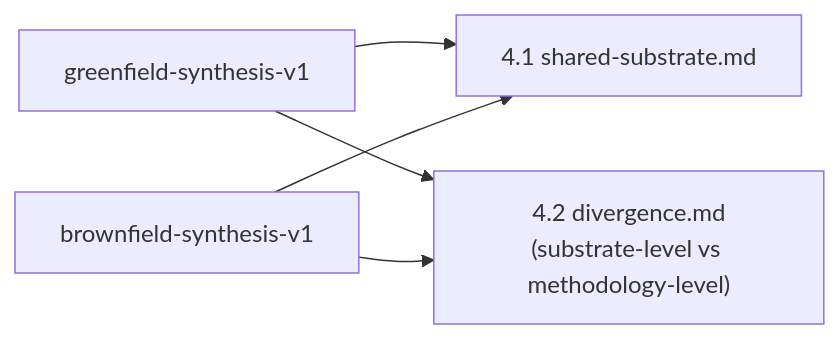
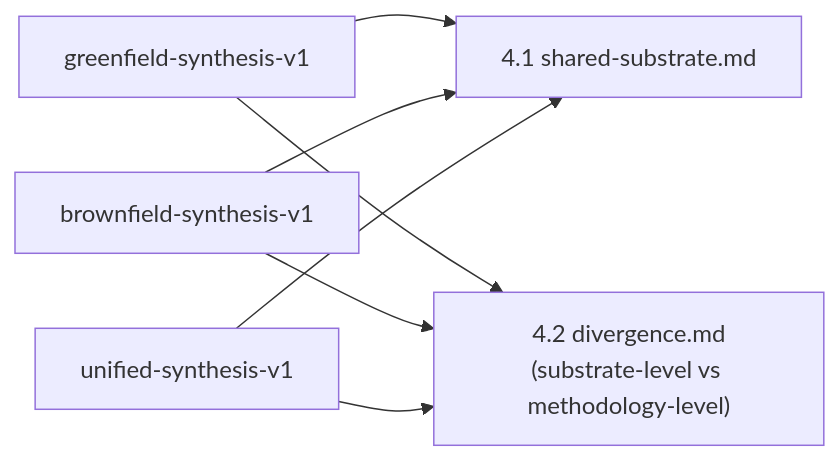
The fifth of 8 diagrams in ARCHITECTURE-V3-SYNTHESIS-PLAN.md (lago-morph/software-factory), drawn with Mermaid before and after one commit. The commit also changed other lines of this file and 2 other files, not shown here.

````diff
--- a/ARCHITECTURE-V3-SYNTHESIS-PLAN.md
+++ b/ARCHITECTURE-V3-SYNTHESIS-PLAN.md
@@ -233,7 +262,8 @@
 ```mermaid
 flowchart LR
     IG["greenfield-synthesis-v1"] --> SHARED & DIVERGE
     IB["brownfield-synthesis-v1"] --> SHARED & DIVERGE
+    IU["unified-synthesis-v1"] --> SHARED & DIVERGE
     SHARED["4.1 shared-substrate.md"]
     DIVERGE["4.2 divergence.md<br/>(substrate-level vs methodology-level)"]
 ```
````
